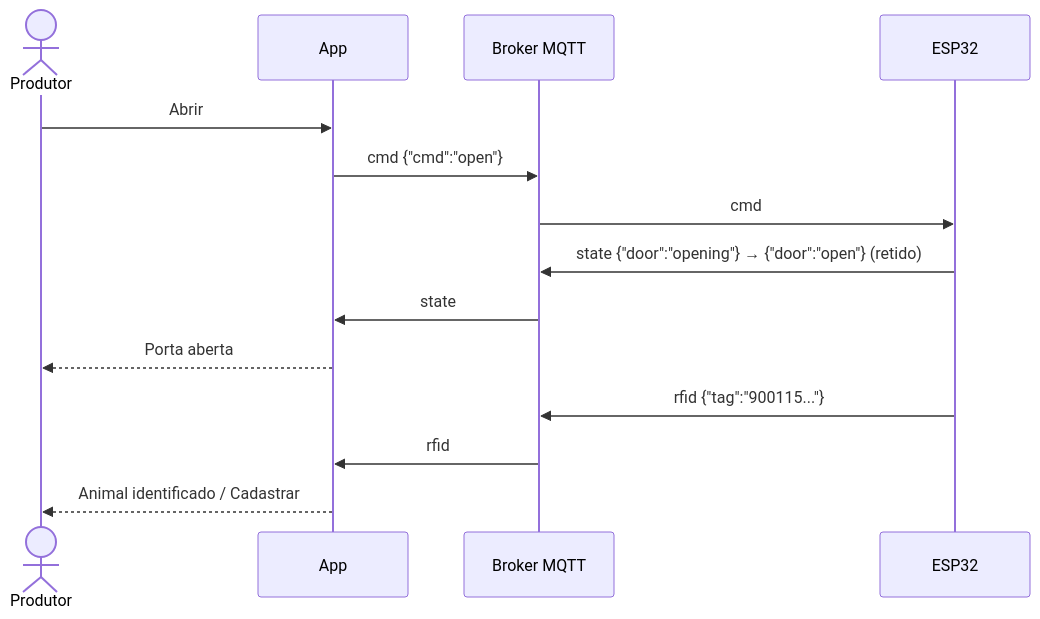
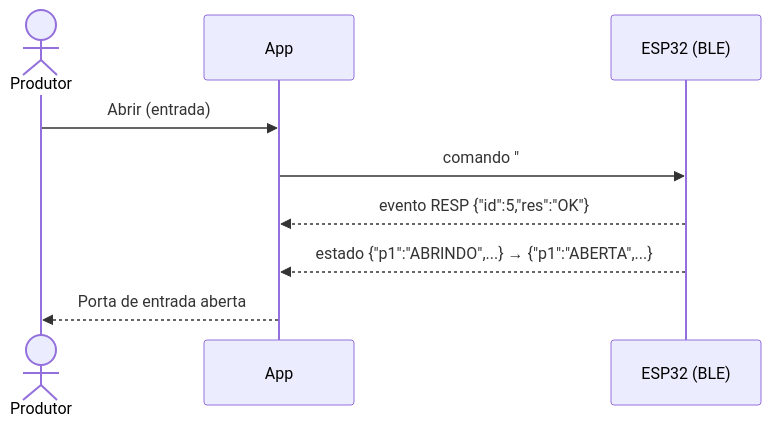
The diagram in Flutter_TCC/docs/estudos_de_caso/EC09_brete_eletronico.md (joaofiomaro/Bovicare_TCC), drawn with Mermaid before and after one commit. The commit also changed other lines of this file and 30 other files, not shown here.

````diff
--- a/Flutter_TCC/docs/estudos_de_caso/EC09_brete_eletronico.md
+++ b/Flutter_TCC/docs/estudos_de_caso/EC09_brete_eletronico.md
@@ -30,16 +34,11 @@
 ```mermaid
 sequenceDiagram
   actor P as Produtor
   participant App
-  participant B as Broker MQTT
-  participant E as ESP32
-  P->>App: Abrir
-  App->>B: cmd {"cmd":"open"}
-  B->>E: cmd
-  E->>B: state {"door":"opening"} → {"door":"open"} (retido)
-  B->>App: state
-  App-->>P: Porta aberta
-  E->>B: rfid {"tag":"900115..."}
-  B->>App: rfid
-  App-->>P: Animal identificado / Cadastrar
+  participant E as ESP32 (BLE)
+  P->>App: Abrir (entrada)
+  App->>E: comando "#5 ABRIR 1"
+  E-->>App: evento RESP {"id":5,"res":"OK"}
+  E-->>App: estado {"p1":"ABRINDO",...} → {"p1":"ABERTA",...}
+  App-->>P: Porta de entrada aberta
 ```
````
